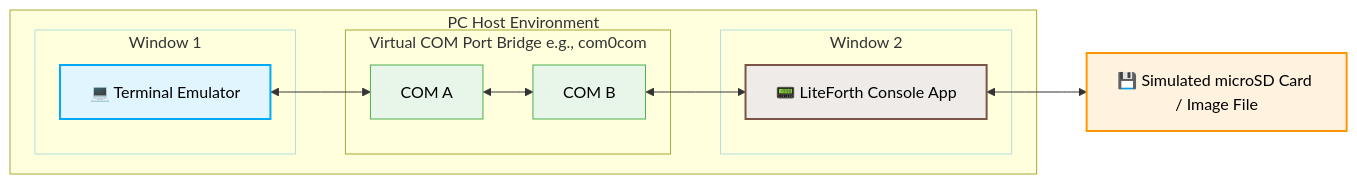
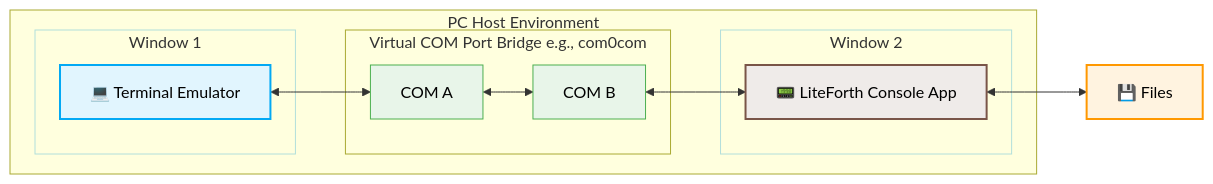
Before and after one commit to bradleyeckert/LiteForth: the second of 2 diagrams in README.md, drawn with Mermaid. The commit also changed other lines of this file, not shown here.

````diff
--- a/README.md
+++ b/README.md
@@ -44,40 +44,40 @@
 ```mermaid
 flowchart LR
     %% Components
     subgraph Host System [PC Host Environment]
         %% Software Windows
         subgraph Win1 [Window 1]
             Term[💻 Terminal Emulator]
         end
 
         subgraph Win2 [Window 2]
             LF[📟 LiteForth Console App]
         end
 
         %% Virtual Connection Bridge
         subgraph VCom [Virtual COM Port Bridge e.g., com0com]
             PortA[COM A] <--> PortB[COM B]
         end
     end
 
     %% File System Integration
-    SD[💾 Simulated microSD Card / Image File]
+    SD[💾 Files]
 
     %% Data Flow Connections
     Term <--> PortA
     PortB <--> LF
     LF <--> SD
 
     %% Styling
     style Term fill:#e1f5fe,stroke:#03a9f4,stroke-width:2px,color:#000
     style LF fill:#efebe9,stroke:#795548,stroke-width:2px,color:#000
     style SD fill:#fff3e0,stroke:#ff9800,stroke-width:2px,color:#000
     style PortA fill:#e8f5e9,stroke:#4caf50,color:#000
     style PortB fill:#e8f5e9,stroke:#4caf50,color:#000
     
     %% Bounding Box Styling
     %% style Host System fill:none,stroke:#bbb,stroke-dasharray: 5 5
     style Win1 fill:none,stroke:#b2dfdb
     style Win2 fill:none,stroke:#b2dfdb
     %% style VCom fill:#fafafa,stroke:#9e9e9e,stroke-dasharray: 3 3
 ```
````
